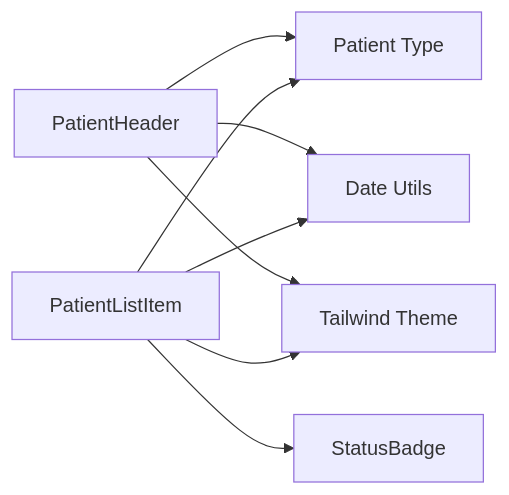
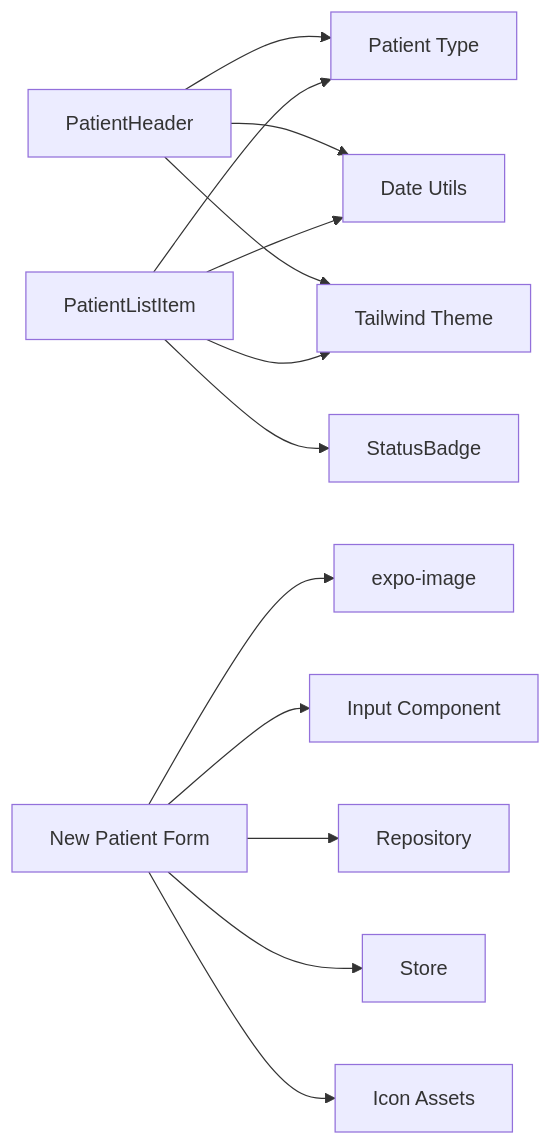
One commit to AdeelTahir-SE/DermSight changed the tenth of 10 diagrams in .qoder/repowiki/en/content/Patient Management/UI Components.md. Above: the diagram before and after it, drawn with Mermaid. The commit also changed other lines of this file and 19 other files, not shown here.

````diff
--- a/.qoder/repowiki/en/content/Patient Management/UI Components.md
+++ b/.qoder/repowiki/en/content/Patient Management/UI Components.md
@@ -357,10 +480,15 @@
 ```mermaid
 graph LR
 PH["PatientHeader"] --> TY["Patient Type"]
 PH --> DT["Date Utils"]
 PH --> TH["Tailwind Theme"]
 PLI["PatientListItem"] --> TY
 PLI --> SB["StatusBadge"]
 PLI --> DT
 PLI --> TH
+PNF["New Patient Form"] --> IMG["expo-image"]
+PNF --> INP["Input Component"]
+PNF --> REPO["Repository"]
+PNF --> STORE["Store"]
+PNF --> ASSETS["Icon Assets"]
 ```
````
